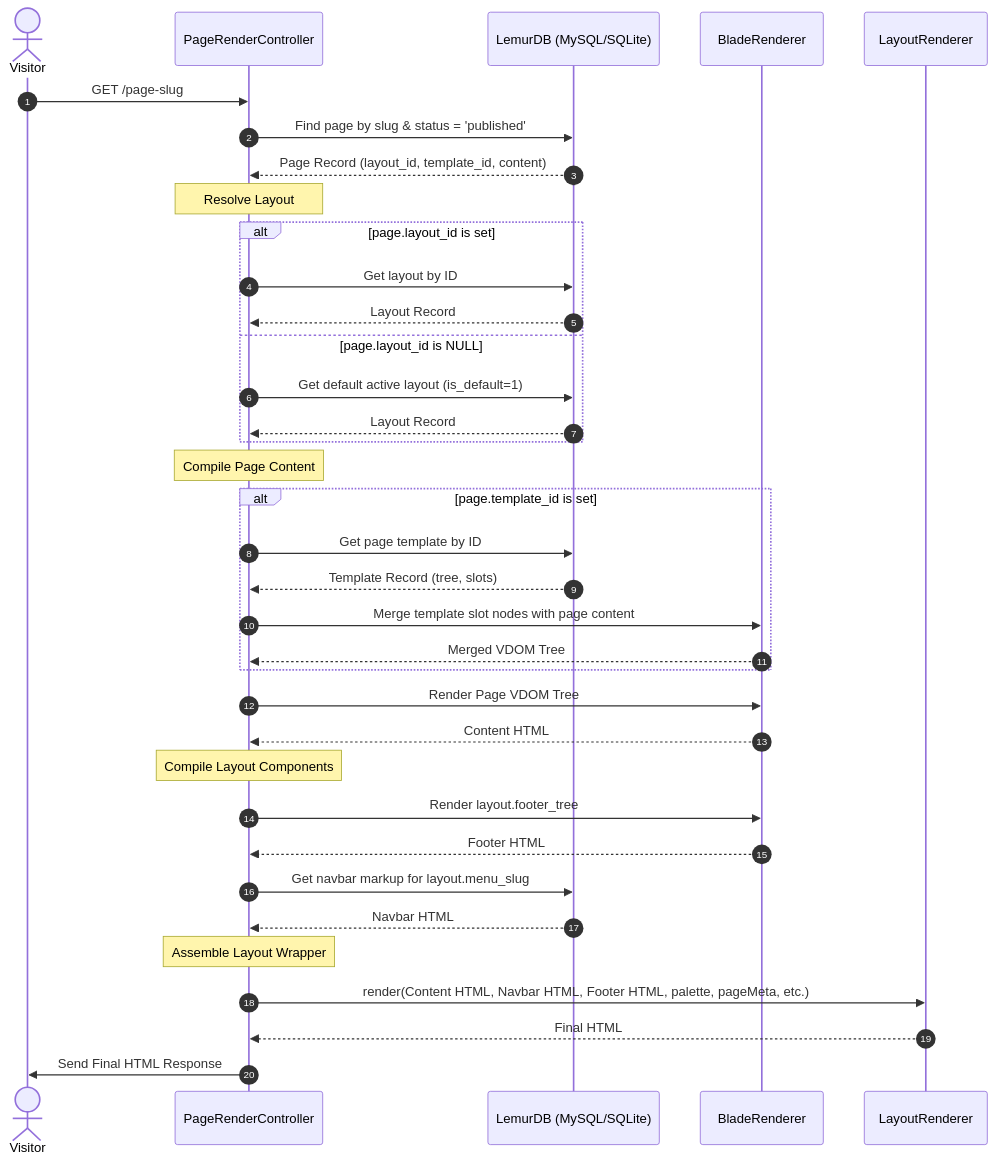
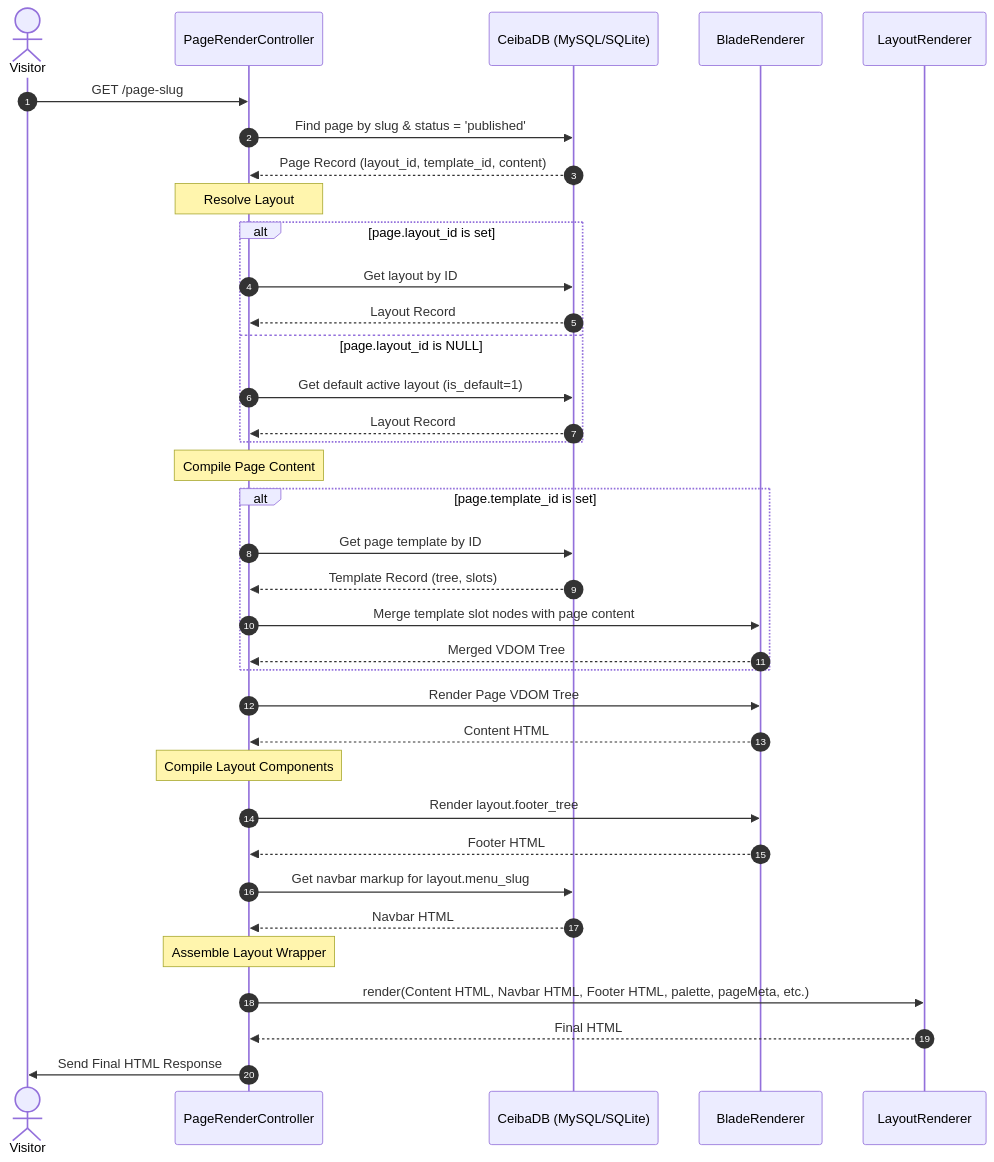
Before and after one commit to ceibacore/ceiba-cms: the second of 2 diagrams in integration-documentation/04_page_builder/layouts_and_seo/01_page_layouts_integration.md, drawn with Mermaid. The commit also changed other lines of this file and 439 other files, not shown here.

First line of the commit message:
refactor!: LemurCms pasa a CeibaCms (namespace, clases, bin/ceiba, comandos ceiba:*)

````diff
--- a/integration-documentation/04_page_builder/layouts_and_seo/01_page_layouts_integration.md
+++ b/integration-documentation/04_page_builder/layouts_and_seo/01_page_layouts_integration.md
@@ -70,44 +70,44 @@
 ```mermaid
 sequenceDiagram
     autonumber
     actor Visitor
     participant Ctrl as PageRenderController
-    participant DB as LemurDB (MySQL/SQLite)
+    participant DB as CeibaDB (MySQL/SQLite)
     participant VDOM as BladeRenderer
     participant Layout as LayoutRenderer
 
     Visitor->>Ctrl: GET /page-slug
     Ctrl->>DB: Find page by slug & status = 'published'
     DB-->>Ctrl: Page Record (layout_id, template_id, content)
     
     Note over Ctrl: Resolve Layout
     alt page.layout_id is set
         Ctrl->>DB: Get layout by ID
         DB-->>Ctrl: Layout Record
     else page.layout_id is NULL
         Ctrl->>DB: Get default active layout (is_default=1)
         DB-->>Ctrl: Layout Record
     end
 
     Note over Ctrl: Compile Page Content
     alt page.template_id is set
         Ctrl->>DB: Get page template by ID
         DB-->>Ctrl: Template Record (tree, slots)
         Ctrl->>VDOM: Merge template slot nodes with page content
         VDOM-->>Ctrl: Merged VDOM Tree
     end
 
     Ctrl->>VDOM: Render Page VDOM Tree
     VDOM-->>Ctrl: Content HTML
 
     Note over Ctrl: Compile Layout Components
     Ctrl->>VDOM: Render layout.footer_tree
     VDOM-->>Ctrl: Footer HTML
     Ctrl->>DB: Get navbar markup for layout.menu_slug
     DB-->>Ctrl: Navbar HTML
 
     Note over Ctrl: Assemble Layout Wrapper
     Ctrl->>Layout: render(Content HTML, Navbar HTML, Footer HTML, palette, pageMeta, etc.)
     Layout-->>Ctrl: Final HTML
     Ctrl->>Visitor: Send Final HTML Response
 ```
````
